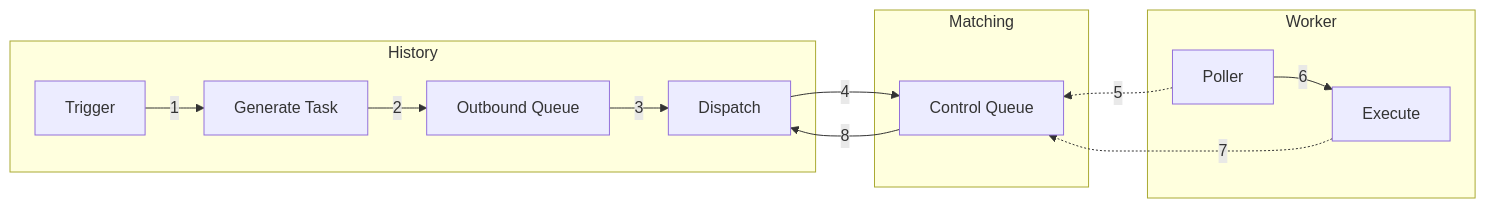
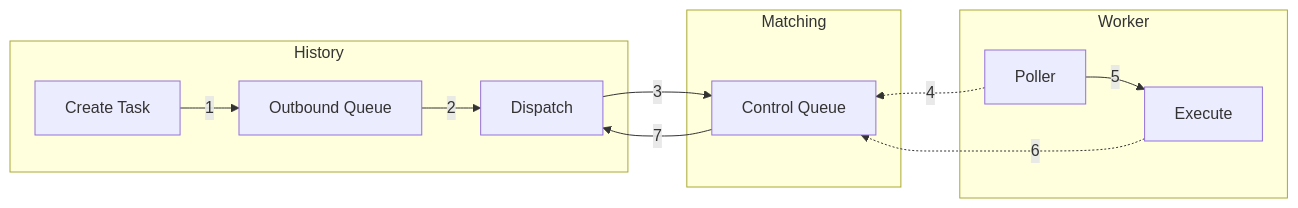
The diagram in docs/architecture/worker-commands.md (temporalio/temporal), drawn with Mermaid before and after one commit. The commit also changed other lines of this file, not shown here.

Commit message:
Combine trigger and generate task into single Create Task step

````diff
--- a/docs/architecture/worker-commands.md
+++ b/docs/architecture/worker-commands.md
@@ -5,19 +7,18 @@
 ```mermaid
 graph LR
     subgraph History
-        A[Trigger] -->|1| B[Generate Task]
-        B -->|2| C[Outbound Queue]
-        C -->|3| D[Dispatch]
+        A[Create Task] -->|1| C[Outbound Queue]
+        C -->|2| D[Dispatch]
     end
     subgraph Matching
         E[Control Queue]
     end
-    D -->|4| E
-    E -->|8| D
+    D -->|3| E
+    E -->|7| D
     E ~~~ Worker
     subgraph Worker
-        G[Poller] -->|6| F[Execute]
+        G[Poller] -->|5| F[Execute]
     end
-    G -.->|5| E
-    F -.->|7| E
+    G -.->|4| E
+    F -.->|6| E
 ```
````
